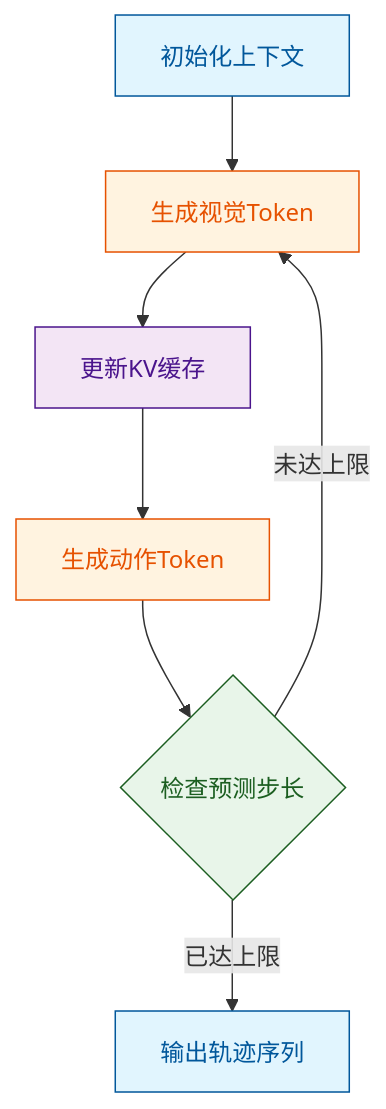
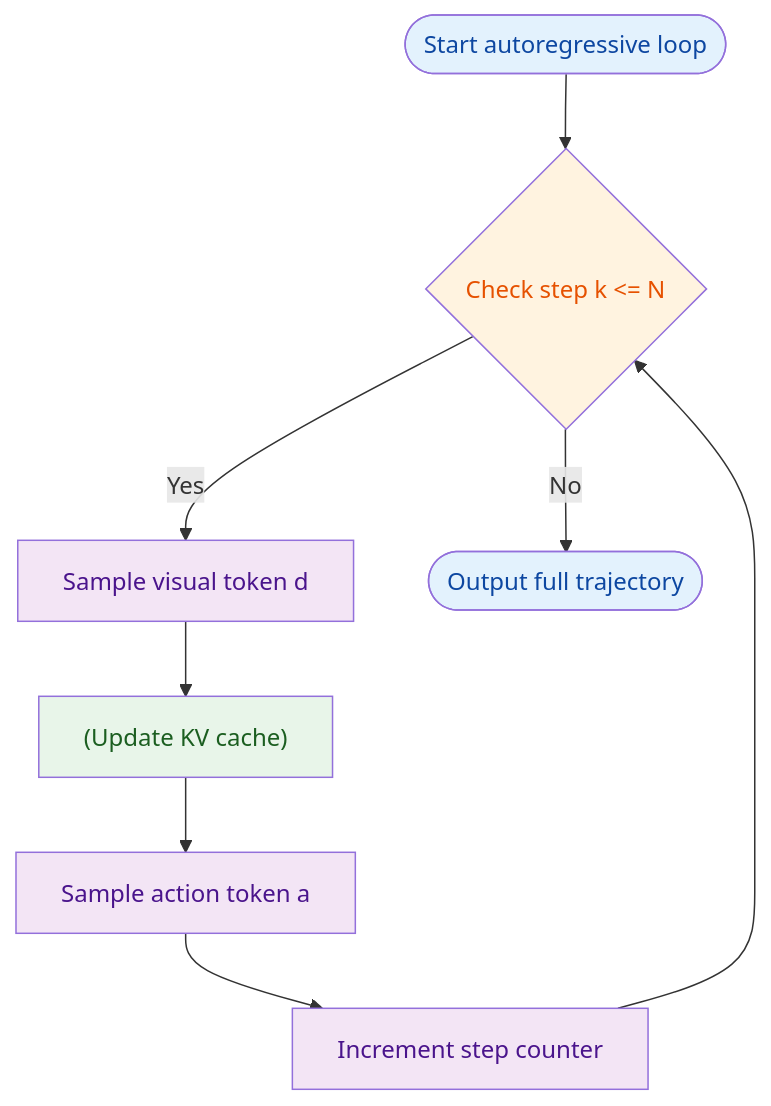
Before and after one commit to ShinewineW/paper-rolling: the fourth of 10 diagrams in person_vault/2026-06-13_UniWorldVLAInterleavedWorldModelingAndPlanningForAD_2603.27287/report.md, drawn with Mermaid. The commit also changed other lines of this file and 5 other files, not shown here.

````diff
--- a/person_vault/2026-06-13_UniWorldVLAInterleavedWorldModelingAndPlanningForAD_2603.27287/report.md
+++ b/person_vault/2026-06-13_UniWorldVLAInterleavedWorldModelingAndPlanningForAD_2603.27287/report.md
@@ -235,14 +264,20 @@
 ```mermaid
-flowchart TB
-    classDef start fill:#e1f5fe,color:#01579b,stroke:#01579b
-    classDef process fill:#fff3e0,color:#e65100,stroke:#e65100
-    classDef decision fill:#e8f5e9,color:#1b5e20,stroke:#1b5e20
-    classDef data fill:#f3e5f5,color:#4a148c,stroke:#4a148c
-
-    init["初始化上下文"]:::start --> gen_vis["生成视觉Token"]:::process
-    gen_vis --> cache["更新KV缓存"]:::data
-    cache --> gen_act["生成动作Token"]:::process
-    gen_act --> check{检查预测步长}:::decision
-    check -- 未达上限 --> gen_vis
-    check -- 已达上限 --> out["输出轨迹序列"]:::start
+flowchart TD
+  start_inference(["Start autoregressive loop"]) --> check_step{Check step k <= N}
+  check_step -- Yes --> sample_visual["Sample visual token d"]
+  sample_visual --> update_kv["(Update KV cache)"]
+  update_kv --> sample_action["Sample action token a"]
+  sample_action --> increment_k["Increment step counter"]
+  increment_k --> check_step
+  check_step -- No --> end_inference(["Output full trajectory"])
+  
+  classDef startend fill:#e3f2fd,color:#0d47a1;
+  classDef decision fill:#fff3e0,color:#e65100;
+  classDef process fill:#f3e5f5,color:#4a148c;
+  classDef data fill:#e8f5e9,color:#1b5e20;
+  
+  class start_inference,end_inference startend;
+  class check_step decision;
+  class sample_visual,sample_action,increment_k process;
+  class update_kv data;
 ```
````
